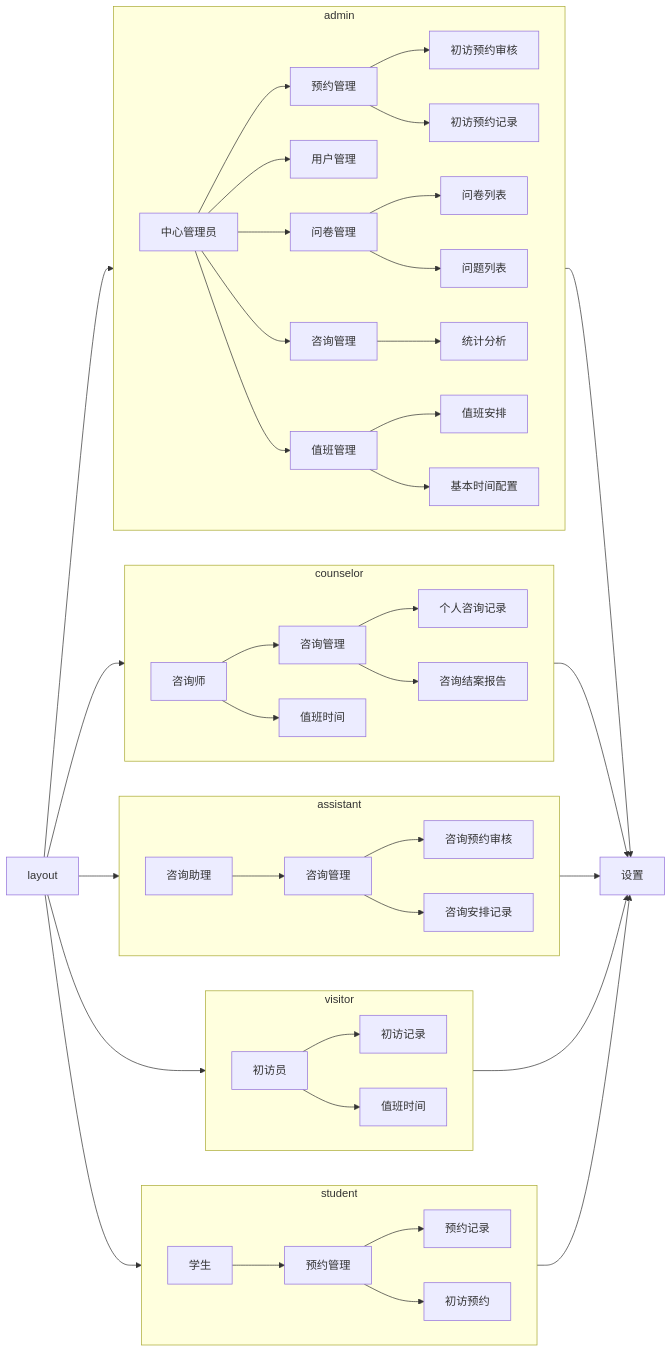
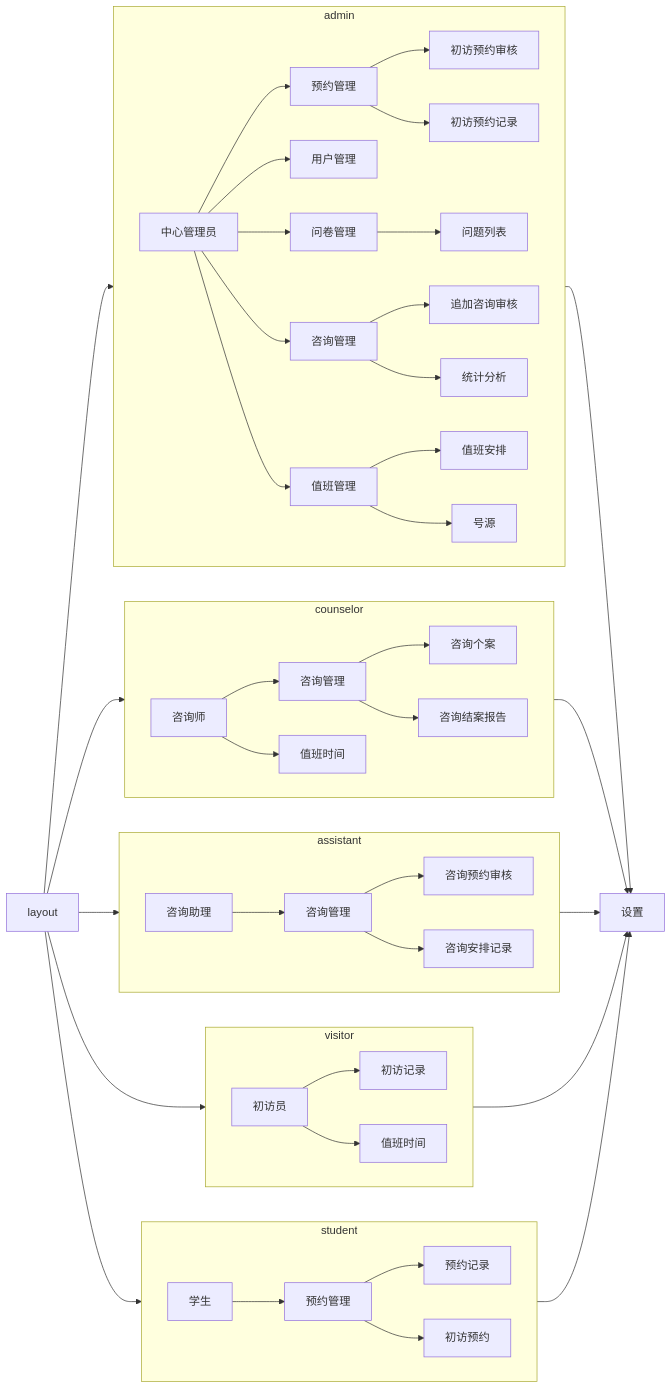
One commit to Clothwest/psychological-counseling-front changed the diagram in public/views.mmd. Above: the diagram before and after it, drawn with Mermaid. The commit also changed 13 other files, not shown here.

```diff
--- a/public/views.mmd
+++ b/public/views.mmd
@@ -1,49 +1,49 @@
 flowchart LR
     A[layout] --> admin[admin]
     A --> counselor[counselor]
     A --> assistant[assistant]
     A --> visitor[visitor]
     A --> student[student]
     %% admin -- 中心管理员
     subgraph admin
         direction LR
         B[中心管理员] --> H[预约管理] --> L[初访预约审核]
         H --> M[初访预约记录]
         B --> U[用户管理]
-        B --> V[问卷管理] --> W[问卷列表]
-        V --> X[问题列表]
-        B --> Z[咨询管理] --> AA[统计分析]
+        B --> V[问卷管理] --> W[问题列表]
+        B --> Z[咨询管理] --> AA[追加咨询审核]
+        Z --> X[统计分析]
         B --> CC[值班管理] --> DD[值班安排]
-        CC --> EE[基本时间配置]
+        CC --> EE[号源]
     end
     %% counselor -- 咨询师
     subgraph counselor
         direction LR
-        C[咨询师] --> K[咨询管理] --> S[个人咨询记录]
+        C[咨询师] --> K[咨询管理] --> S[咨询个案]
         K --> T[咨询结案报告]
         C --> N[值班时间]
     end
     %% assistant -- 咨询助理
     subgraph assistant
         direction LR
         D[咨询助理] --> J[咨询管理] --> P[咨询预约审核]
         J --> R[咨询安排记录]
     end
     %% visitor -- 初访员
     subgraph visitor
         direction LR
         E[初访员] --> I[初访记录]
         E --> O[值班时间]
     end
     %% student -- 学生
     subgraph student
         direction LR
         F[学生] --> G[预约管理] --> Q[预约记录]
         G --> Y[初访预约]
     end
     %% settings
     admin --> BB[设置]
     counselor --> BB
     assistant --> BB
     visitor --> BB
     student --> BB
```
